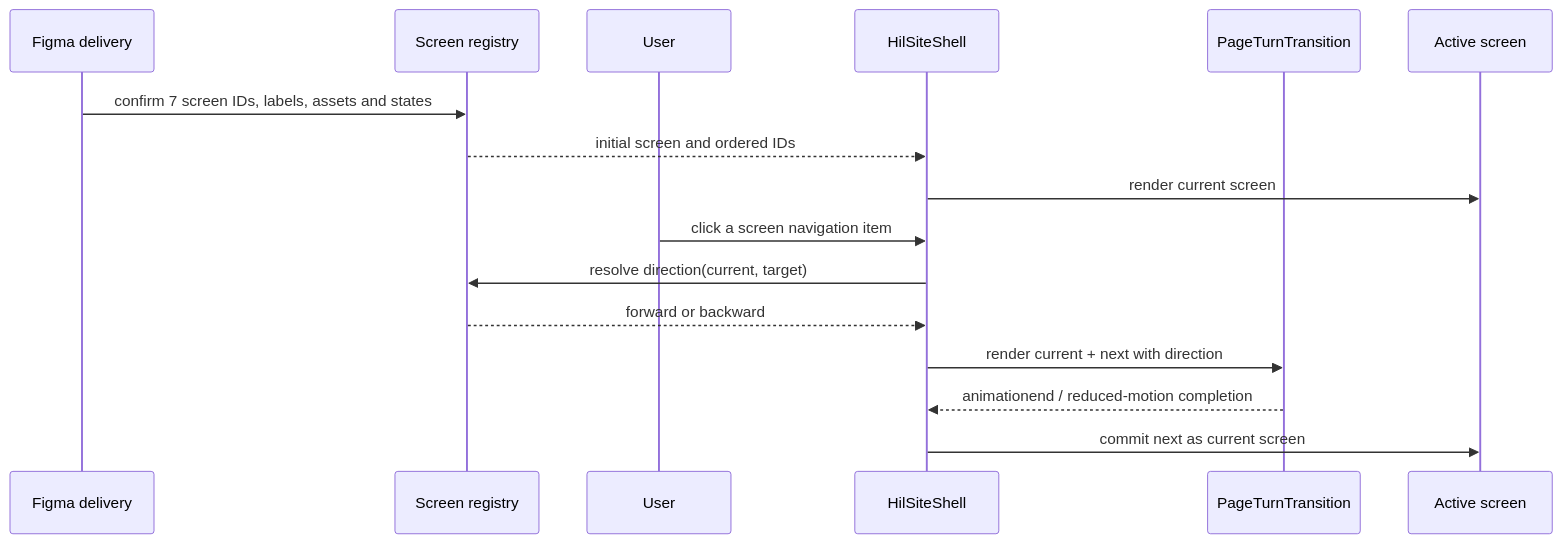
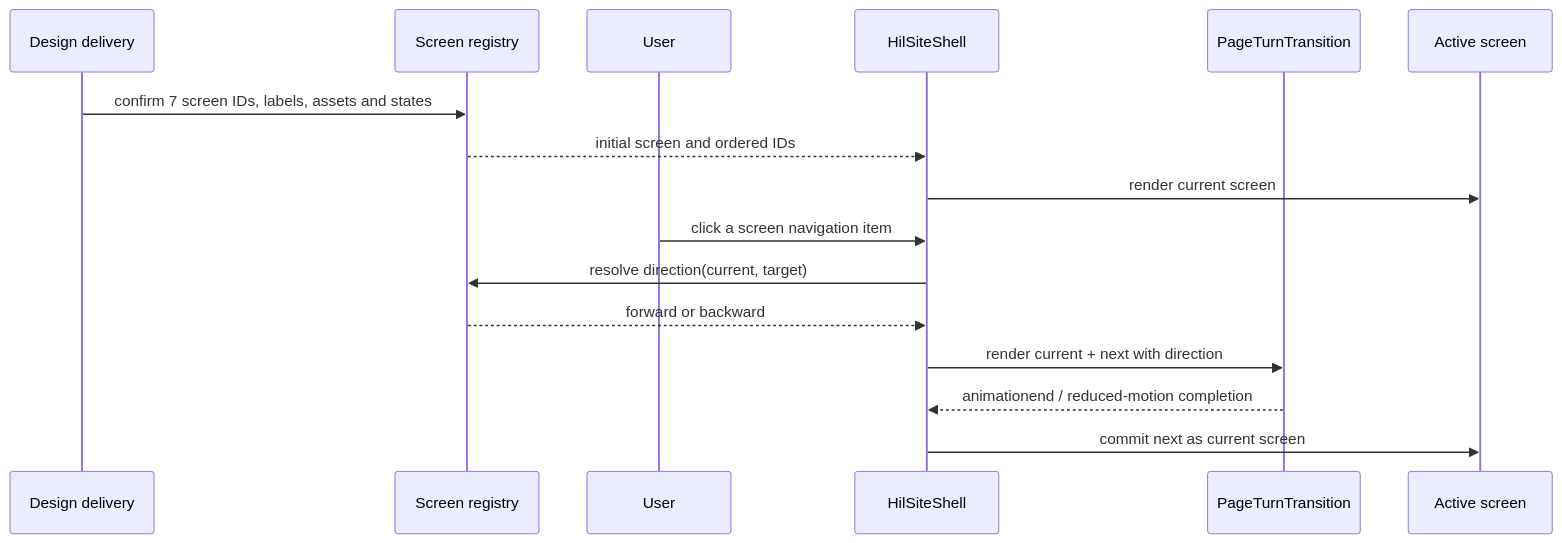
Before and after one commit to hellogithubsir/labWebSite: the second of 2 diagrams in docs/architecture/figma-single-url.md, drawn with Mermaid. The commit also changed other lines of this file and 5 other files, not shown here.

````diff
--- a/docs/architecture/figma-single-url.md
+++ b/docs/architecture/figma-single-url.md
@@ -192,19 +192,19 @@
 ```mermaid
 sequenceDiagram
-  participant F as Figma delivery
+  participant F as Design delivery
   participant R as Screen registry
   participant U as User
   participant S as HilSiteShell
   participant T as PageTurnTransition
   participant V as Active screen
 
   F->>R: confirm 7 screen IDs, labels, assets and states
   R-->>S: initial screen and ordered IDs
   S->>V: render current screen
   U->>S: click a screen navigation item
   S->>R: resolve direction(current, target)
   R-->>S: forward or backward
   S->>T: render current + next with direction
   T-->>S: animationend / reduced-motion completion
   S->>V: commit next as current screen
 ```
````
